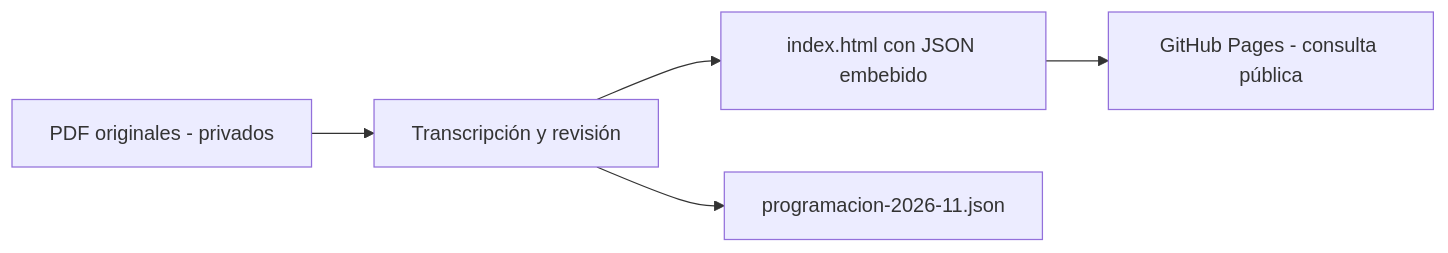
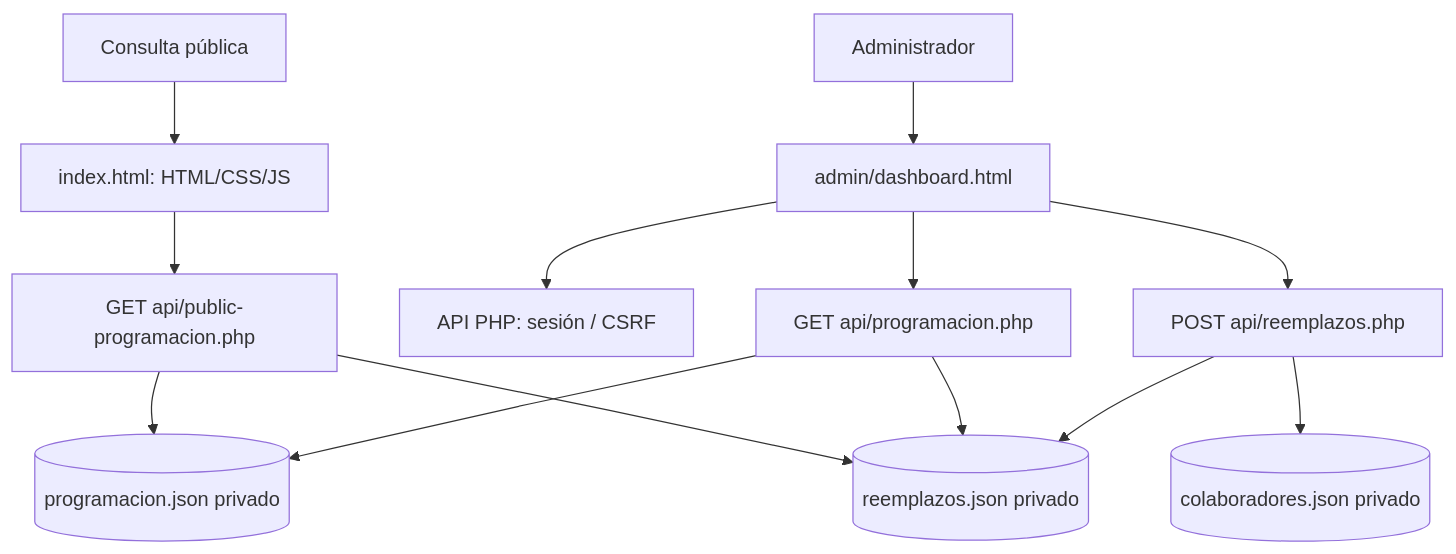
One commit to dydata-ca/idmji-programaciones changed the diagram in README.md. Above: the diagram before and after it, drawn with Mermaid. The commit also changed other lines of this file, not shown here.

````diff
--- a/README.md
+++ b/README.md
@@ -18,7 +26,15 @@
 ```mermaid
-flowchart LR
-  A[PDF originales - privados] --> B[Transcripción y revisión]
-  B --> C[index.html con JSON embebido]
-  B --> D[programacion-2026-11.json]
-  C --> E[GitHub Pages - consulta pública]
+flowchart TD
+  U[Consulta pública] --> WEB[index.html: HTML/CSS/JS]
+  WEB --> PUB[GET api/public-programacion.php]
+  A[Administrador] --> ADM[admin/dashboard.html]
+  ADM --> AUTH[API PHP: sesión / CSRF]
+  ADM --> PGET[GET api/programacion.php]
+  ADM --> POST[POST api/reemplazos.php]
+  PUB --> P[(programacion.json privado)]
+  PUB --> R[(reemplazos.json privado)]
+  PGET --> P
+  PGET --> R
+  POST --> R
+  POST --> C[(colaboradores.json privado)]
 ```
````
